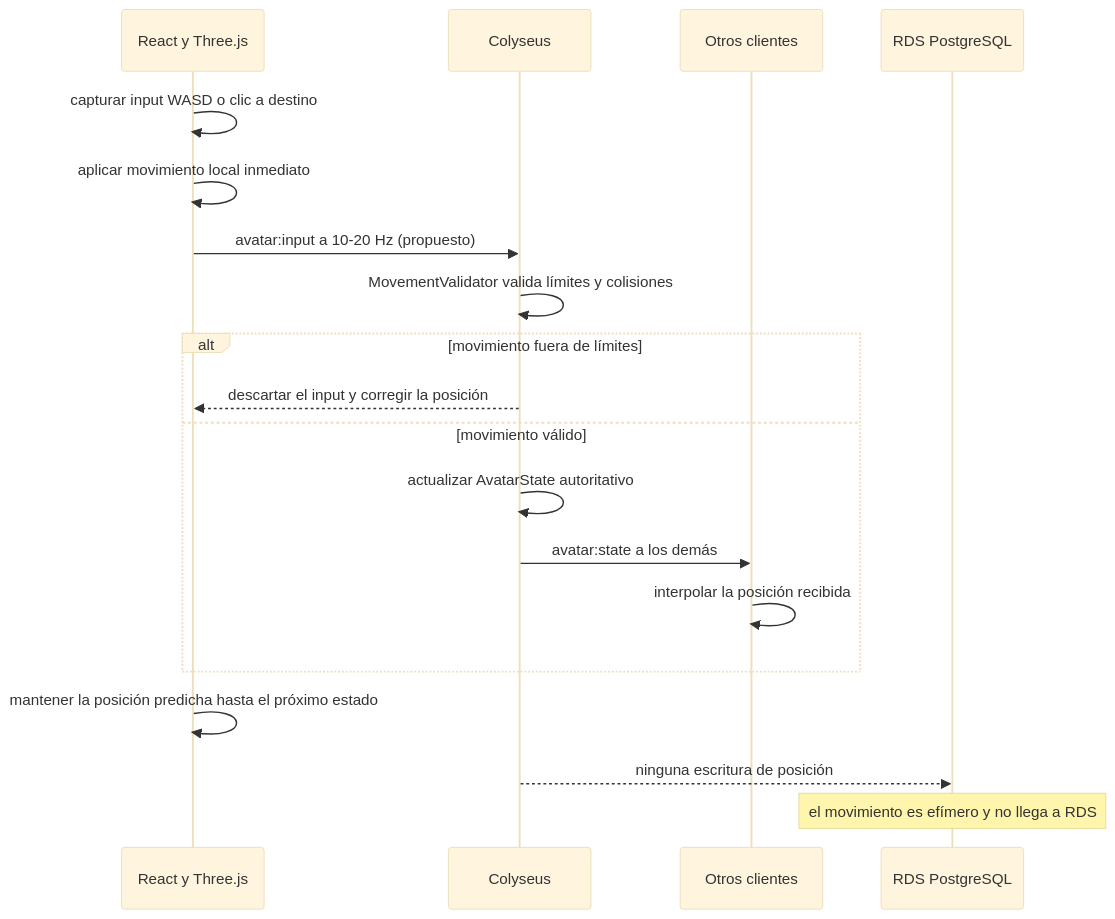
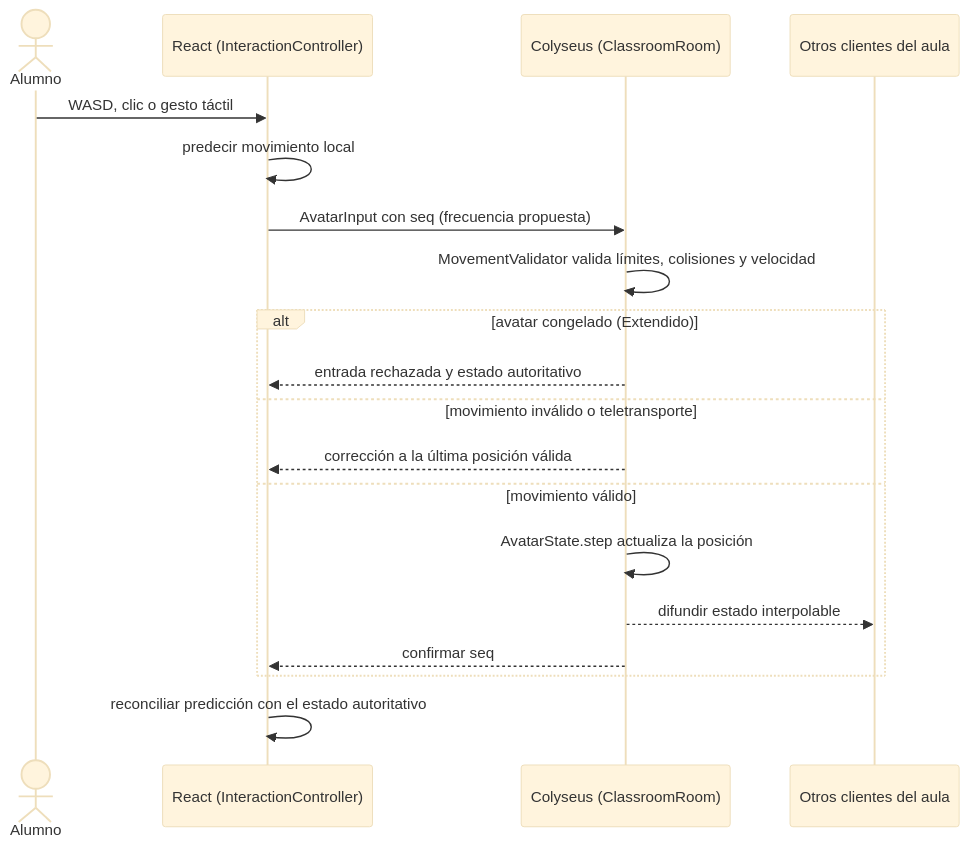
Before and after one commit to Agustin742/integratec-final-back: the third of 7 diagrams in docs/diagrams/04-behavioral/core-flows.md, drawn with Mermaid (base theme). The commit also changed other lines of this file and 4 other files, not shown here.

Commit message:
docs(diagrams): realign use cases and behavioral flows with the school niche model

````diff
--- a/docs/diagrams/04-behavioral/core-flows.md
+++ b/docs/diagrams/04-behavioral/core-flows.md
@@ -104,22 +107,22 @@
 ```mermaid
 sequenceDiagram
-    participant web as React y Three.js
-    participant colyseus as Colyseus
-    participant peers as Otros clientes
-    participant db as RDS PostgreSQL
+    actor user as Alumno
+    participant web as React (InteractionController)
+    participant colyseus as Colyseus (ClassroomRoom)
+    participant others as Otros clientes del aula
 
-    web->>web: capturar input WASD o clic a destino
-    web->>web: aplicar movimiento local inmediato
-    web->>colyseus: avatar:input a 10-20 Hz (propuesto)
-    colyseus->>colyseus: MovementValidator valida límites y colisiones
-    alt movimiento fuera de límites
-        colyseus-->>web: descartar el input y corregir la posición
+    user->>web: WASD, clic o gesto táctil
+    web->>web: predecir movimiento local
+    web->>colyseus: AvatarInput con seq (frecuencia propuesta)
+    colyseus->>colyseus: MovementValidator valida límites, colisiones y velocidad
+    alt avatar congelado (Extendido)
+        colyseus-->>web: entrada rechazada y estado autoritativo
+    else movimiento inválido o teletransporte
+        colyseus-->>web: corrección a la última posición válida
     else movimiento válido
-        colyseus->>colyseus: actualizar AvatarState autoritativo
-        colyseus->>peers: avatar:state a los demás
-        peers->>peers: interpolar la posición recibida
+        colyseus->>colyseus: AvatarState.step actualiza la posición
+        colyseus-->>others: difundir estado interpolable
+        colyseus-->>web: confirmar seq
     end
-    web->>web: mantener la posición predicha hasta el próximo estado
-    colyseus-->>db: ninguna escritura de posición
-    Note over db: el movimiento es efímero y no llega a RDS
+    web->>web: reconciliar predicción con el estado autoritativo
 ```
````
